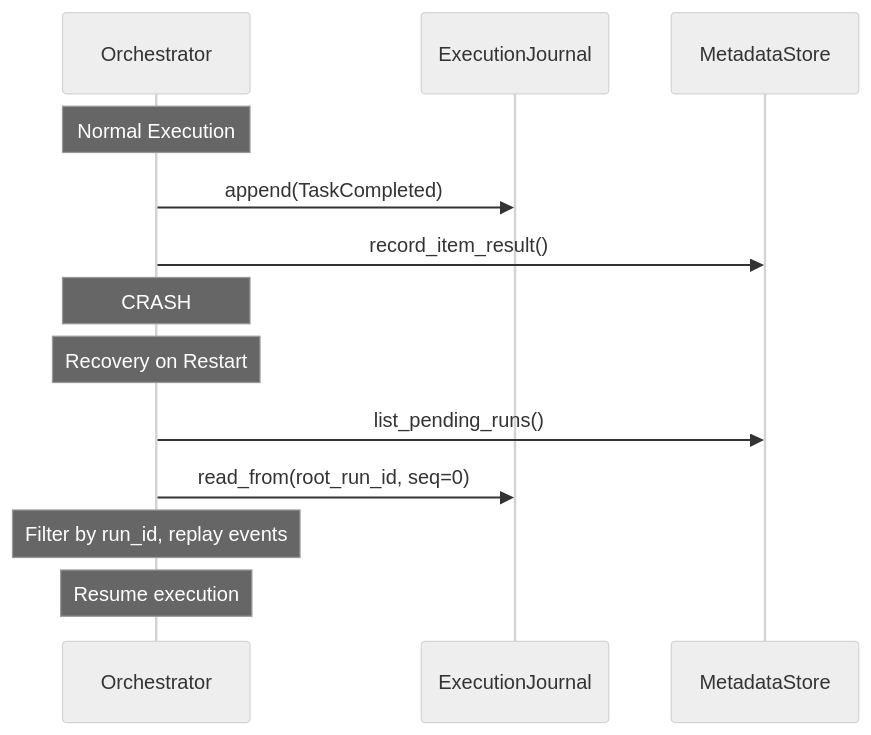
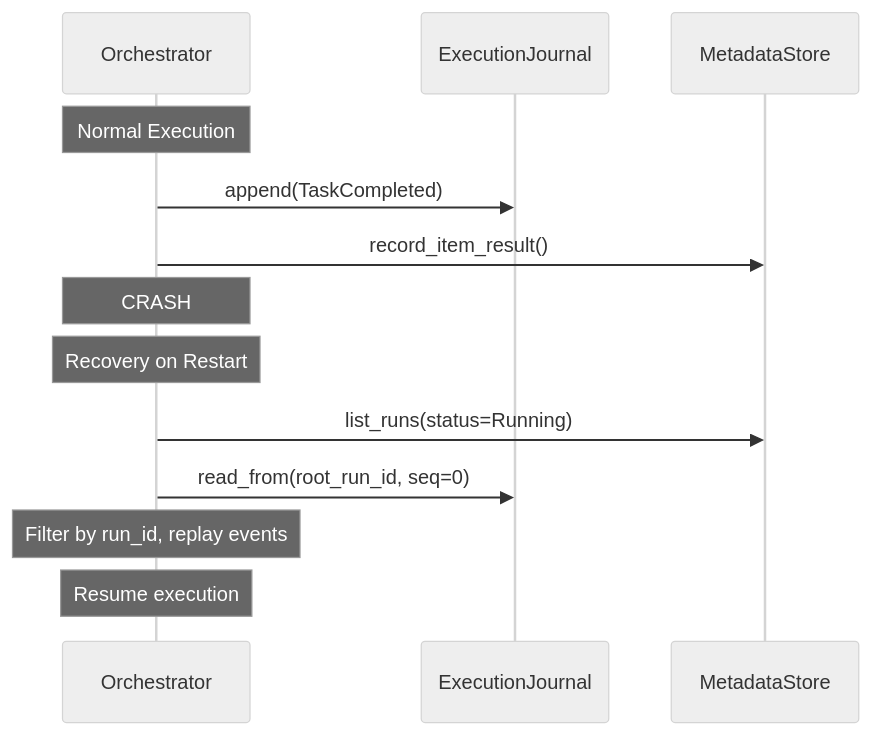
The second of 3 diagrams in docs/docs/deployment/persistence-recovery.md (stepflow-ai/stepflow), drawn with Mermaid (neutral theme) before and after one commit. The commit also changed other lines of this file and 17 other files, not shown here.

````diff
--- a/docs/docs/deployment/persistence-recovery.md
+++ b/docs/docs/deployment/persistence-recovery.md
@@ -96,18 +106,18 @@
 ```mermaid
 sequenceDiagram
     participant Orch as Orchestrator
     participant Journal as ExecutionJournal
     participant Meta as MetadataStore
 
     Note over Orch: Normal Execution
     Orch->>Journal: append(TaskCompleted)
     Orch->>Meta: record_item_result()
 
     Note over Orch: CRASH
 
     Note over Orch: Recovery on Restart
-    Orch->>Meta: list_pending_runs()
+    Orch->>Meta: list_runs(status=Running)
     Orch->>Journal: read_from(root_run_id, seq=0)
     Note over Orch: Filter by run_id, replay events
     Note over Orch: Resume execution
 ```
````
